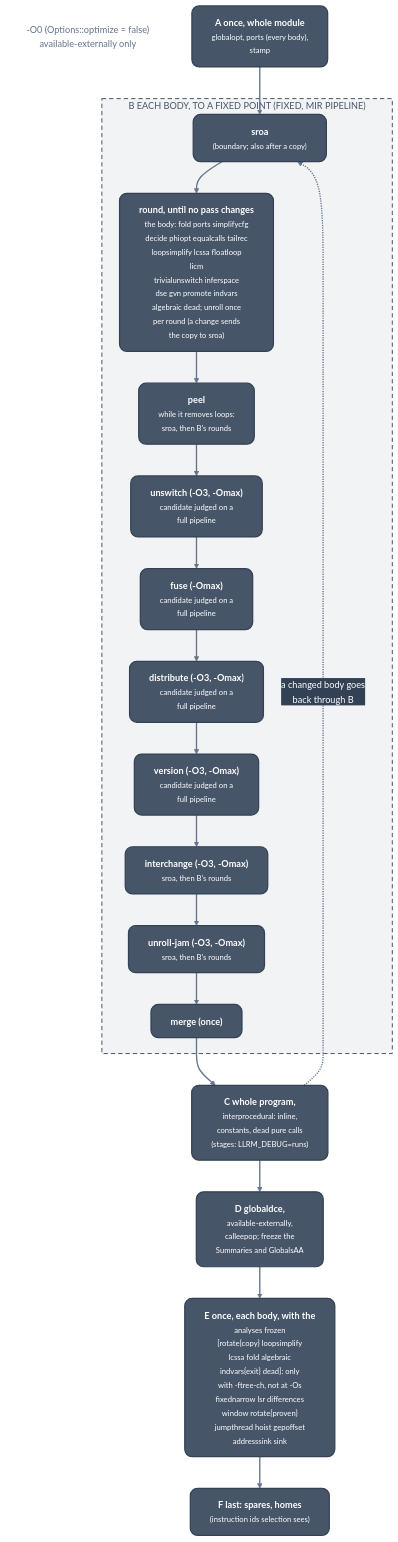
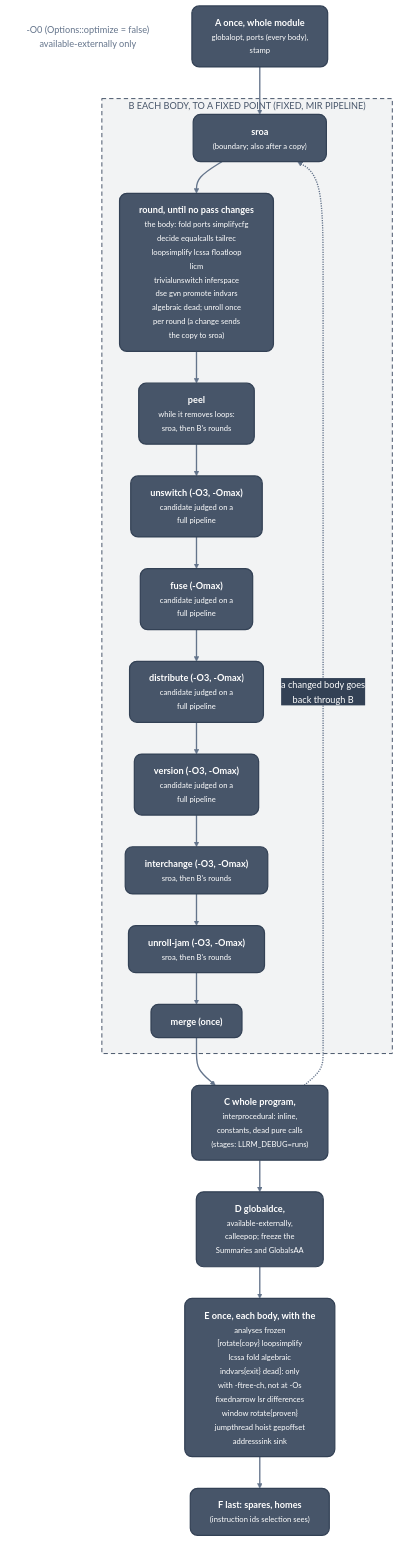
Before and after one commit to ali-mosavian/llrm: the diagram in docs/optimizations/passes/pipeline.md, drawn with Mermaid. The commit also changed other lines of this file and 13 other files, not shown here.

First line of the commit message:
feat(simplifycfg): phiopt is gone, the slots' select creation replaces it

````diff
--- a/docs/optimizations/passes/pipeline.md
+++ b/docs/optimizations/passes/pipeline.md
@@ -22,41 +22,41 @@
 ```mermaid
 %%{init: {'theme':'base','themeVariables':{'fontFamily':'Segoe UI, Helvetica Neue, Arial, DejaVu Sans, sans-serif','fontSize':'15px','primaryColor':'#475569','primaryTextColor':'#ffffff','primaryBorderColor':'#334155','lineColor':'#64748b','secondaryColor':'#475569','tertiaryColor':'transparent','clusterBkg':'transparent','clusterBorder':'#64748b','edgeLabelBackground':'#334155','textColor':'#64748b','titleColor':'#64748b'},'flowchart':{'curve':'basis','nodeSpacing':38,'rankSpacing':52,'padding':16,'wrappingWidth':360,'htmlLabels':true,'useMaxWidth':true}}}%%
 flowchart TB
   classDef mid fill:#475569,stroke:#334155,stroke-width:2px,color:#ffffff,rx:12px,ry:12px
   classDef note fill:transparent,stroke:transparent,color:#64748b
   linkStyle default stroke:#64748b,stroke-width:2.2px
   o0["-O0 (Options::optimize = false)<br/>available-externally only"]:::note
   a["<b>A  once, whole module</b><br/><small>globalopt, ports (every body),<br/>stamp</small>"]:::mid
   subgraph g_b["B  EACH BODY, TO A FIXED POINT (FIXED, MIR PIPELINE)"]
     sroa["<b>sroa</b><br/><small>(boundary#59; also after a copy)</small>"]:::mid
-    rnd["<b>round, until no pass changes</b><br/><small>the body: fold ports simplifycfg<br/>decide phiopt equalcalls tailrec<br/>loopsimplify lcssa floatloop<br/>licm<br/>trivialunswitch inferspace<br/>dse gvn promote indvars<br/>algebraic dead#59; unroll once<br/>per round (a change sends<br/>the copy to sroa)</small>"]:::mid
+    rnd["<b>round, until no pass changes</b><br/><small>the body: fold ports simplifycfg<br/>decide equalcalls tailrec<br/>loopsimplify lcssa floatloop<br/>licm<br/>trivialunswitch inferspace<br/>dse gvn promote indvars<br/>algebraic dead#59; unroll once<br/>per round (a change sends<br/>the copy to sroa)</small>"]:::mid
     peel["<b>peel</b><br/><small>while it removes loops:<br/>sroa, then B's rounds</small>"]:::mid
     unsw["<b>unswitch (-O3, -Omax)</b><br/><small>candidate judged on a<br/>full pipeline</small>"]:::mid
     dist["<b>distribute (-O3, -Omax)</b><br/><small>candidate judged on a<br/>full pipeline</small>"]:::mid
     ver["<b>version (-O3, -Omax)</b><br/><small>candidate judged on a<br/>full pipeline</small>"]:::mid
     fuse["<b>fuse (-Omax)</b><br/><small>candidate judged on a<br/>full pipeline</small>"]:::mid
     swap["<b>interchange (-O3, -Omax)</b><br/><small>sroa, then B's rounds</small>"]:::mid
     jam["<b>unroll-jam (-O3, -Omax)</b><br/><small>sroa, then B's rounds</small>"]:::mid
     mrg["<b>merge (once)</b>"]:::mid
   end
   c["<b>C  whole program,</b><br/><small>interprocedural: inline,<br/>constants, dead pure calls<br/>(stages: LLRM_DEBUG=runs)</small>"]:::mid
   d["<b>D  globaldce,</b><br/><small>available-externally,<br/>calleepop#59; freeze the<br/>Summaries and GlobalsAA</small>"]:::mid
   e["<b>E  once, each body, with the</b><br/><small>analyses frozen<br/>[rotate#123;copy#125; loopsimplify<br/>lcssa fold algebraic<br/>indvars#123;exit#125; dead]: only<br/>with -ftree-ch, not at -Os<br/>fixednarrow lsr differences<br/>window rotate#123;proven#125;<br/>jumpthread hoist gepoffset<br/>addresssink sink</small>"]:::mid
   f["<b>F  last: spares, homes</b><br/><small>(instruction ids selection sees)</small>"]:::mid
   a --> sroa
   sroa --> rnd
   rnd --> peel
   peel --> unsw
   unsw --> fuse
   fuse --> dist
   dist --> ver
   ver --> swap
   swap --> jam
   jam --> mrg
   mrg --> c
   c -.->|"a changed body goes<br/>back through B"| sroa
   c --> d
   d --> e
   e --> f
   style g_b fill:#47556912,stroke:#475569,stroke-width:1.6px,stroke-dasharray:7 5,color:#475569
 ```
````
